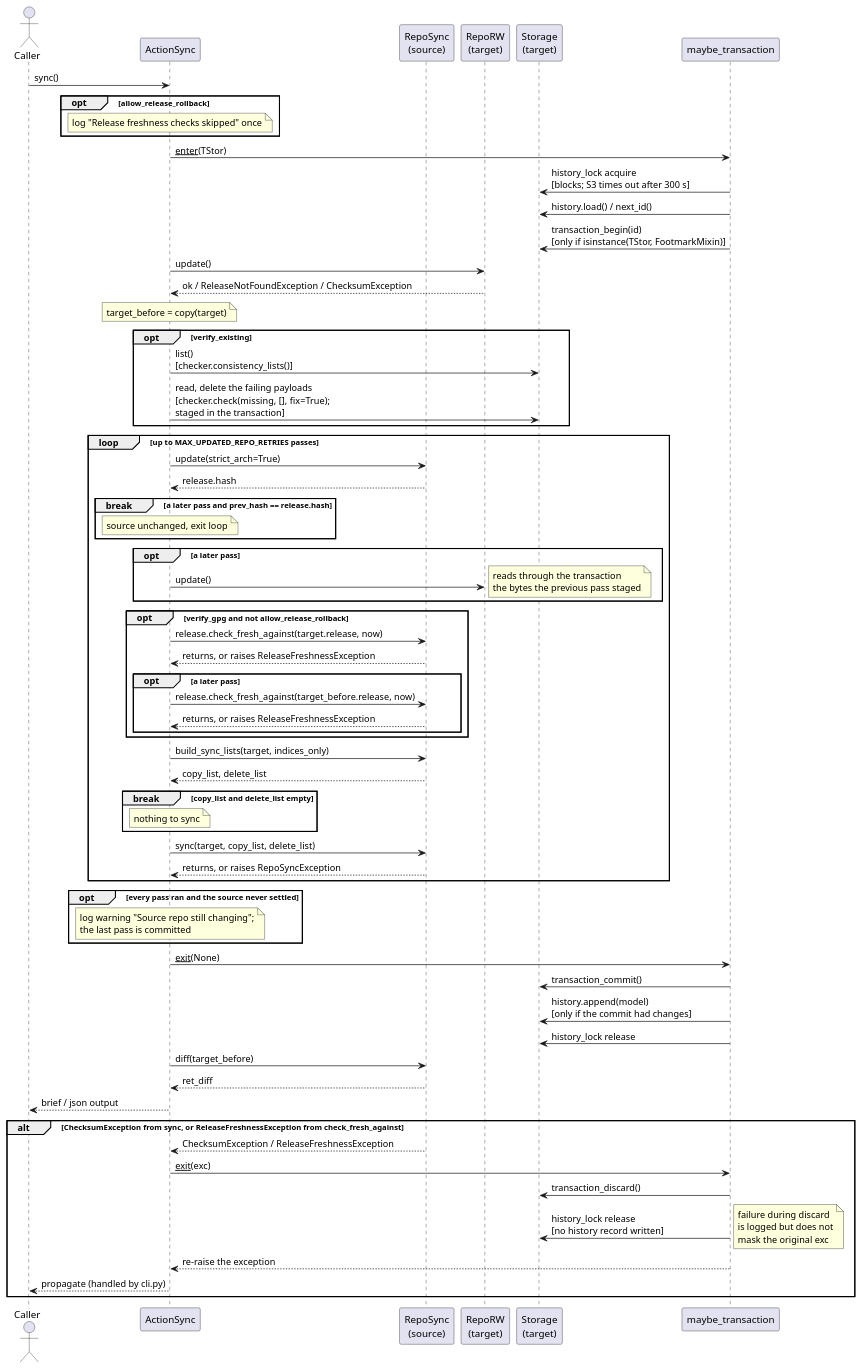
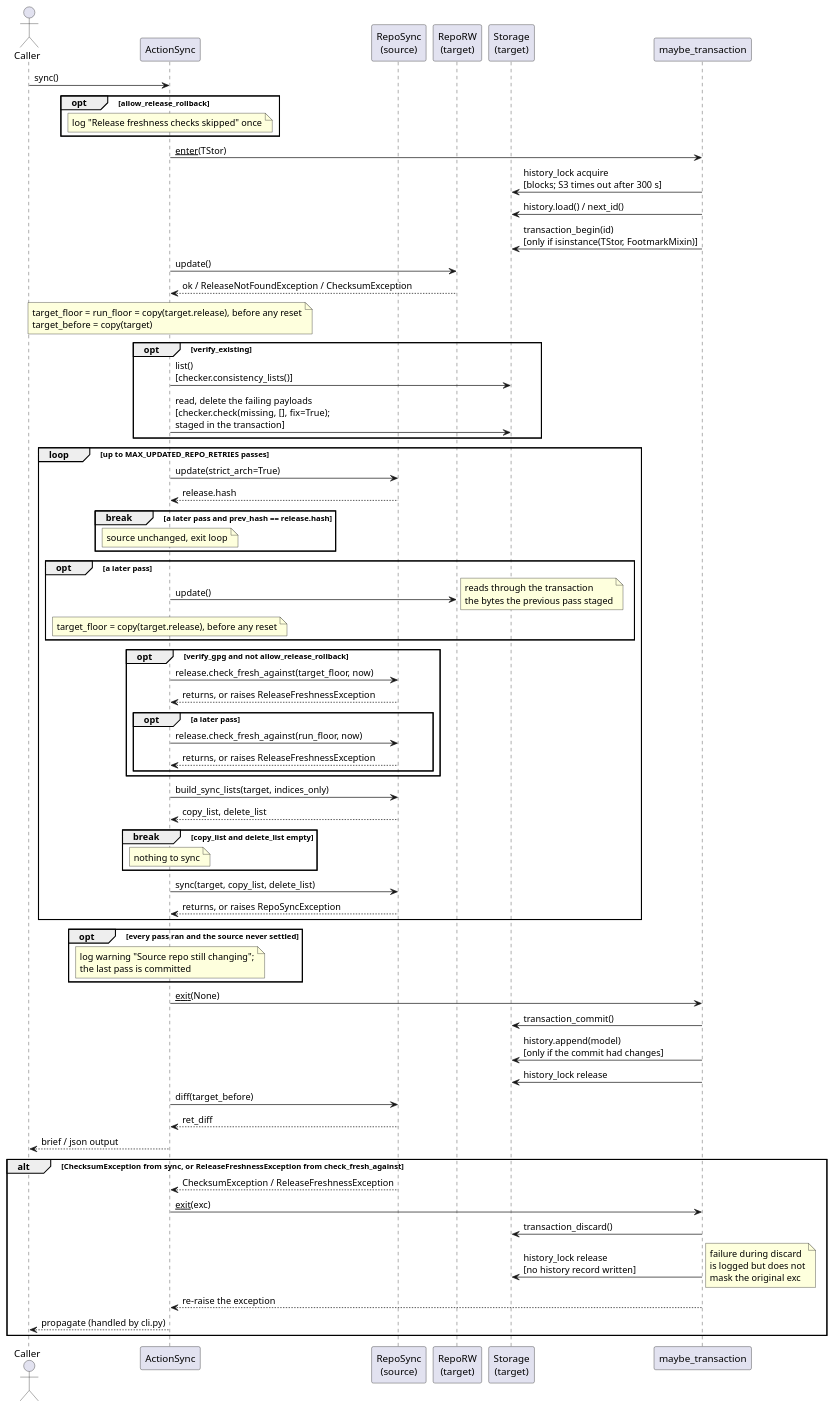
The diagram in docs/development/diagrams/action-sync-sequence.puml (vinklat/debkit), drawn with PlantUML before and after one commit. The commit also changed 7 other files, not shown here.

First line of the commit message:
Keep the rollback floor of a target reset as corrupt

```diff
--- a/docs/development/diagrams/action-sync-sequence.puml
+++ b/docs/development/diagrams/action-sync-sequence.puml
@@ -1,82 +1,83 @@
 @startuml
 actor Caller
 participant ActionSync
 participant "RepoSync\n(source)" as Src
 participant "RepoRW\n(target)" as Tgt
 participant "Storage\n(target)" as TStor
 participant "maybe_transaction" as CM
 
 Caller -> ActionSync: sync()
 
 opt allow_release_rollback
   note over ActionSync: log "Release freshness checks skipped" once
 end
 
 ActionSync -> CM: __enter__(TStor)
 CM -> TStor: history_lock acquire\n[blocks; S3 times out after 300 s]
 CM -> TStor: history.load() / next_id()
 CM -> TStor: transaction_begin(id)\n[only if isinstance(TStor, FootmarkMixin)]
 
 ActionSync -> Tgt: update()
 Tgt --> ActionSync: ok / ReleaseNotFoundException / ChecksumException
-note over ActionSync: target_before = copy(target)
+note over ActionSync: target_floor = run_floor = copy(target.release), before any reset\ntarget_before = copy(target)
 
 opt verify_existing
   ActionSync -> TStor: list()\n[checker.consistency_lists()]
   ActionSync -> TStor: read, delete the failing payloads\n[checker.check(missing, [], fix=True);\nstaged in the transaction]
 end
 
 loop up to MAX_UPDATED_REPO_RETRIES passes
   ActionSync -> Src: update(strict_arch=True)
   Src --> ActionSync: release.hash
   break a later pass and prev_hash == release.hash
     note over ActionSync: source unchanged, exit loop
   end
 
   opt a later pass
     ActionSync -> Tgt: update()
     note right: reads through the transaction\nthe bytes the previous pass staged
+    note over ActionSync: target_floor = copy(target.release), before any reset
   end
 
   opt verify_gpg and not allow_release_rollback
-    ActionSync -> Src: release.check_fresh_against(target.release, now)
+    ActionSync -> Src: release.check_fresh_against(target_floor, now)
     Src --> ActionSync: returns, or raises ReleaseFreshnessException
     opt a later pass
-      ActionSync -> Src: release.check_fresh_against(target_before.release, now)
+      ActionSync -> Src: release.check_fresh_against(run_floor, now)
       Src --> ActionSync: returns, or raises ReleaseFreshnessException
     end
   end
 
   ActionSync -> Src: build_sync_lists(target, indices_only)
   Src --> ActionSync: copy_list, delete_list
   break copy_list and delete_list empty
     note over ActionSync: nothing to sync
   end
 
   ActionSync -> Src: sync(target, copy_list, delete_list)
   Src --> ActionSync: returns, or raises RepoSyncException
 end
 
 opt every pass ran and the source never settled
   note over ActionSync: log warning "Source repo still changing";\nthe last pass is committed
 end
 
 ActionSync -> CM: __exit__(None)
 CM -> TStor: transaction_commit()
 CM -> TStor: history.append(model)\n[only if the commit had changes]
 CM -> TStor: history_lock release
 
 ActionSync -> Src: diff(target_before)
 Src --> ActionSync: ret_diff
 ActionSync --> Caller: brief / json output
 
 alt ChecksumException from sync, or ReleaseFreshnessException from check_fresh_against
   Src --> ActionSync: ChecksumException / ReleaseFreshnessException
   ActionSync -> CM: __exit__(exc)
   CM -> TStor: transaction_discard()
   CM -> TStor: history_lock release\n[no history record written]
   note right: failure during discard\nis logged but does not\nmask the original exc
   CM --> ActionSync: re-raise the exception
   ActionSync --> Caller: propagate (handled by cli.py)
 end
 @enduml
```
